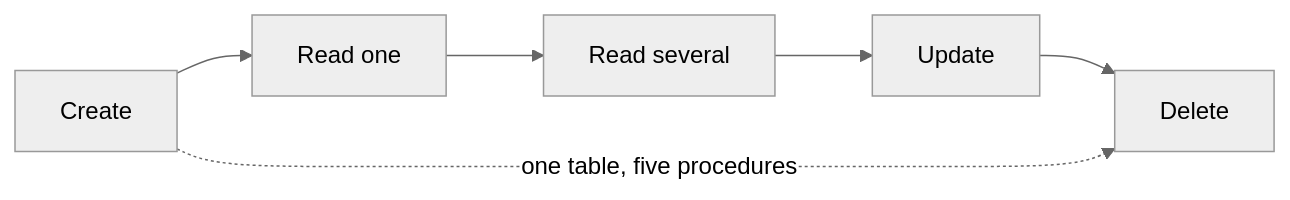
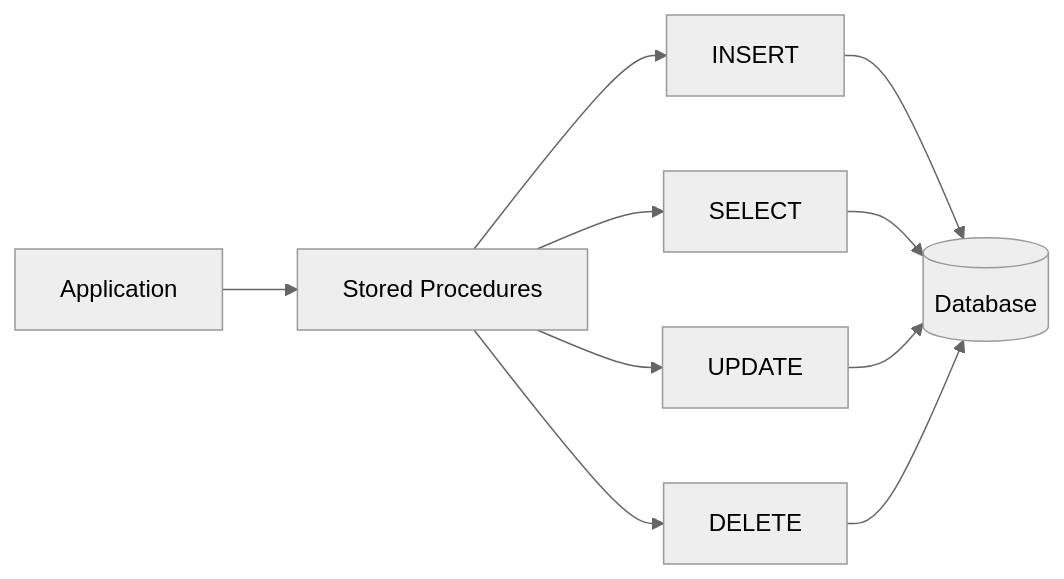
The first of 5 diagrams in labs/lab07-crud-operations.md (tjovic/database-design-labs-public), drawn with Mermaid (neutral theme) before and after one commit. The commit also changed other lines of this file, not shown here.

````diff
--- a/labs/lab07-crud-operations.md
+++ b/labs/lab07-crud-operations.md
@@ -279,8 +83,12 @@
 ```mermaid
 flowchart LR
-    C[Create] --> R1[Read one]
-    R1 --> R2[Read several]
-    R2 --> U[Update]
-    U --> D[Delete]
-    C -. one table, five procedures .-> D
+    A[Application] --> B[Stored Procedures]
+    B --> C[INSERT]
+    B --> D[SELECT]
+    B --> E[UPDATE]
+    B --> F[DELETE]
+    C --> G[(Database)]
+    D --> G
+    E --> G
+    F --> G
 ```
````
